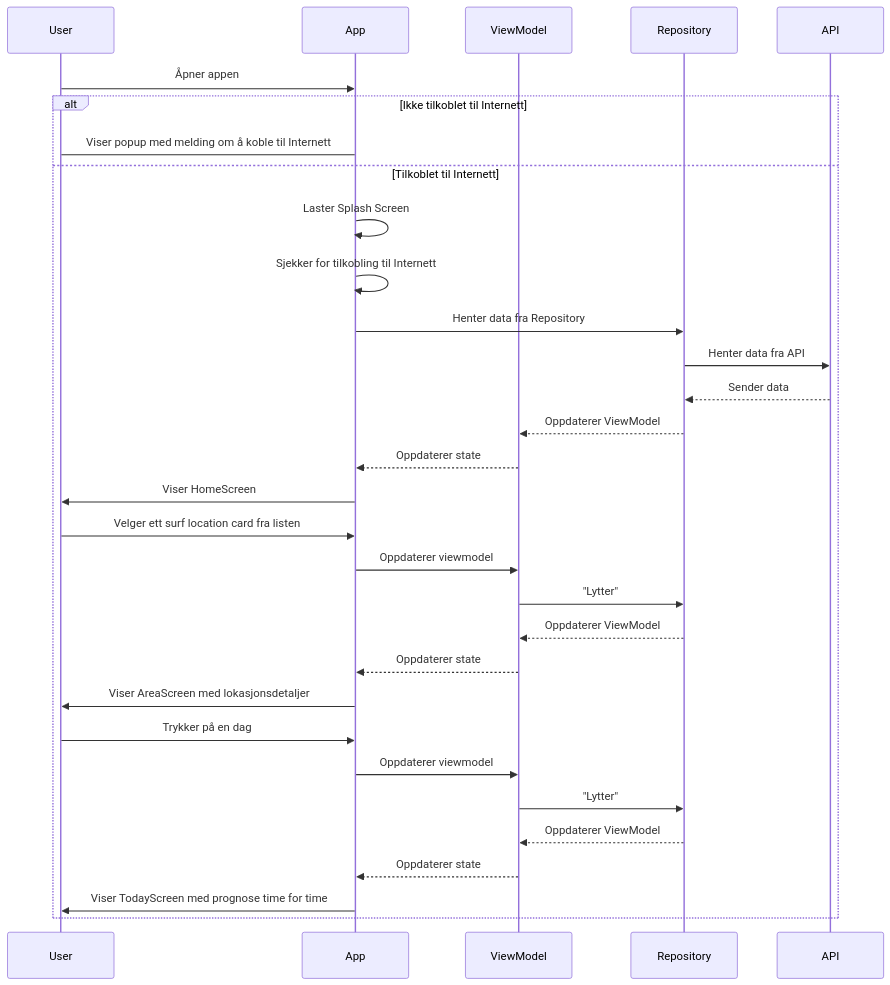
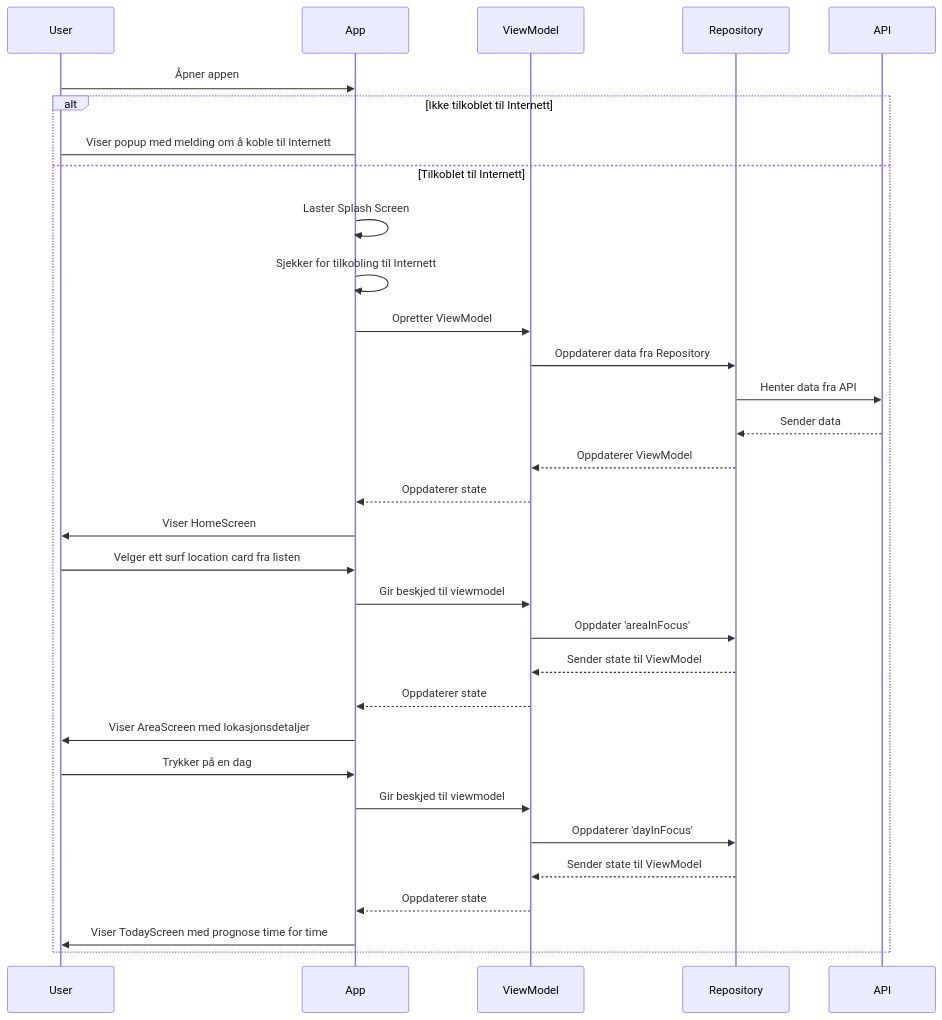
Before and after one commit to orjanhsy/smacklip-surf: the first of 4 diagrams in MODELING.md, drawn with Mermaid. The commit also changed other lines of this file, not shown here.

Commit message:
adjust text in both sequence diagram

````diff
--- a/MODELING.md
+++ b/MODELING.md
@@ -27,34 +27,35 @@
 ```mermaid
 sequenceDiagram
     participant User
     participant App
     participant ViewModel
     participant Repository
     participant API
 
     User->>App: Åpner appen
     alt Ikke tilkoblet til Internett
         App->User: Viser popup med melding om å koble til Internett
     else Tilkoblet til Internett
     App->>App: Laster Splash Screen
         App->>App: Sjekker for tilkobling til Internett
-        App->>Repository: Henter data fra Repository
+        App->>ViewModel: Opretter ViewModel
+        ViewModel->>Repository: Oppdaterer data fra Repository
         Repository->>API: Henter data fra API
         API-->>Repository: Sender data
         Repository-->>ViewModel: Oppdaterer ViewModel
         ViewModel -->>App: Oppdaterer state
         App->>User: Viser HomeScreen
         User->>App: Velger ett surf location card fra listen
-        App ->>ViewModel: Oppdaterer viewmodel
-        ViewModel->>Repository: "Lytter"
-        Repository-->>ViewModel: Oppdaterer ViewModel
+        App ->>ViewModel: Gir beskjed til viewmodel
+        ViewModel->>Repository: Oppdater 'areaInFocus'
+        Repository-->>ViewModel: Sender state til ViewModel
         ViewModel -->>App: Oppdaterer state
         App->>User: Viser AreaScreen med lokasjonsdetaljer
         User->>App: Trykker på en dag
-        App ->>ViewModel: Oppdaterer viewmodel
-        ViewModel->>Repository: "Lytter"
-        Repository-->>ViewModel: Oppdaterer ViewModel
+        App ->>ViewModel: Gir beskjed til viewmodel
+        ViewModel->>Repository: Oppdaterer 'dayInFocus'
+        Repository-->>ViewModel: Sender state til ViewModel
         ViewModel -->>App: Oppdaterer state
         App->>User: Viser TodayScreen med prognose time for time
     end
 ```
````
